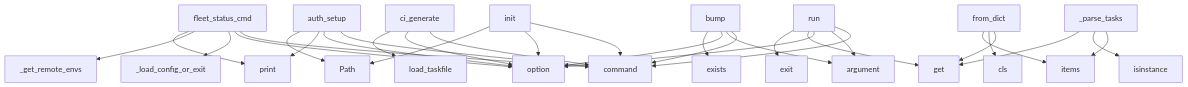
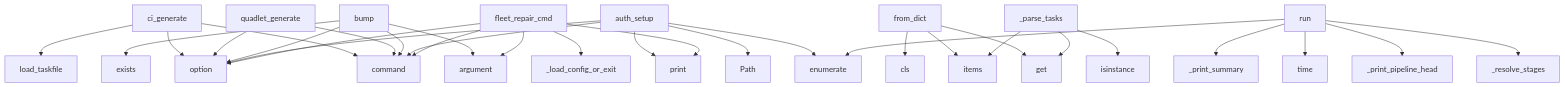
The diagram in project/context.md (pyfunc/taskfile), drawn with Mermaid before and after one commit. The commit also changed other lines of this file and 88 other files, not shown here.

````diff
--- a/project/context.md
+++ b/project/context.md
@@ -668,33 +706,33 @@
 ```mermaid
 graph TD
-    fleet_status_cmd --> command
-    fleet_status_cmd --> option
-    fleet_status_cmd --> _load_config_or_exit
-    fleet_status_cmd --> _get_remote_envs
-    fleet_status_cmd --> print
     ci_generate --> command
     ci_generate --> option
     ci_generate --> load_taskfile
-    run --> command
-    run --> argument
-    run --> option
-    run --> get
-    run --> exit
+    quadlet_generate --> command
+    quadlet_generate --> option
     from_dict --> get
     from_dict --> cls
     from_dict --> items
     bump --> command
     bump --> argument
     bump --> option
     bump --> exists
-    init --> command
-    init --> option
-    init --> Path
     _parse_tasks --> items
     _parse_tasks --> isinstance
     _parse_tasks --> get
     auth_setup --> command
     auth_setup --> option
     auth_setup --> print
     auth_setup --> Path
+    auth_setup --> enumerate
+    fleet_repair_cmd --> command
+    fleet_repair_cmd --> argument
+    fleet_repair_cmd --> option
+    fleet_repair_cmd --> _load_config_or_exit
+    fleet_repair_cmd --> print
+    run --> _resolve_stages
+    run --> _print_pipeline_head
+    run --> time
+    run --> enumerate
+    run --> _print_summary
 ```
````
